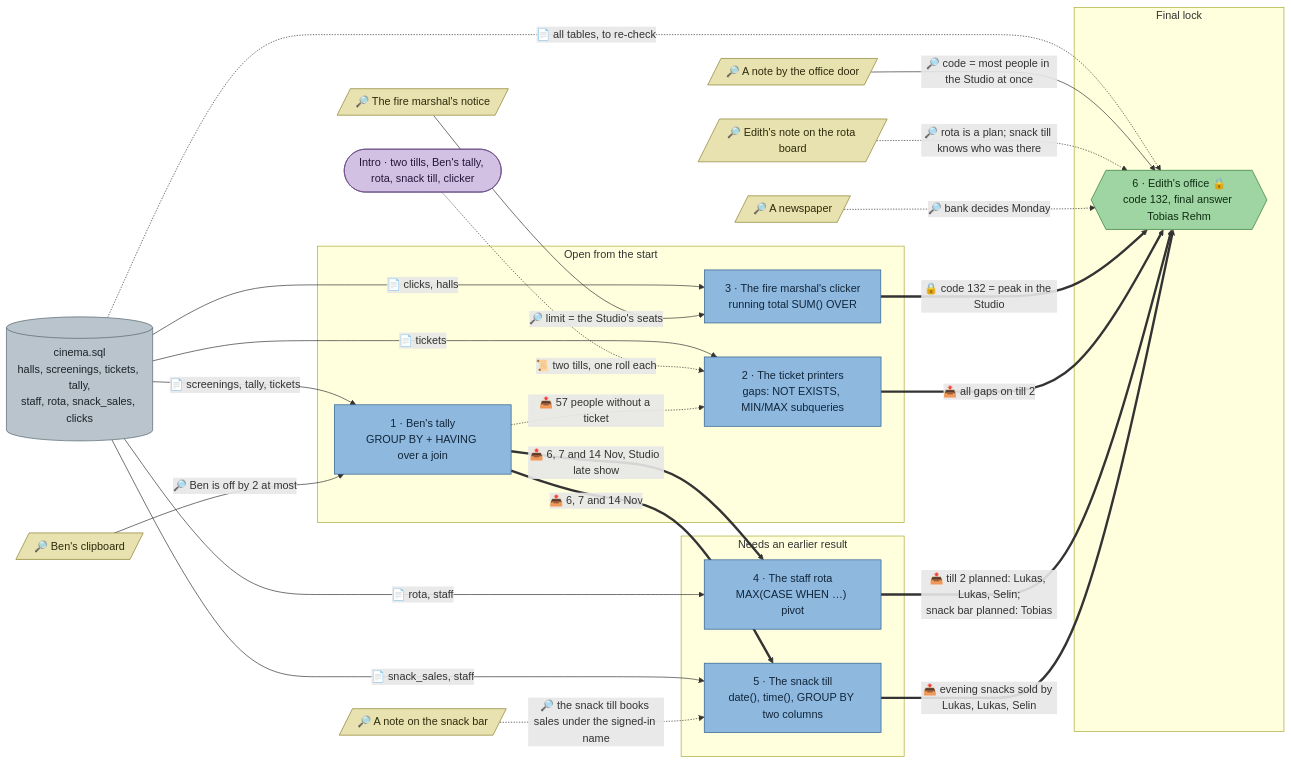
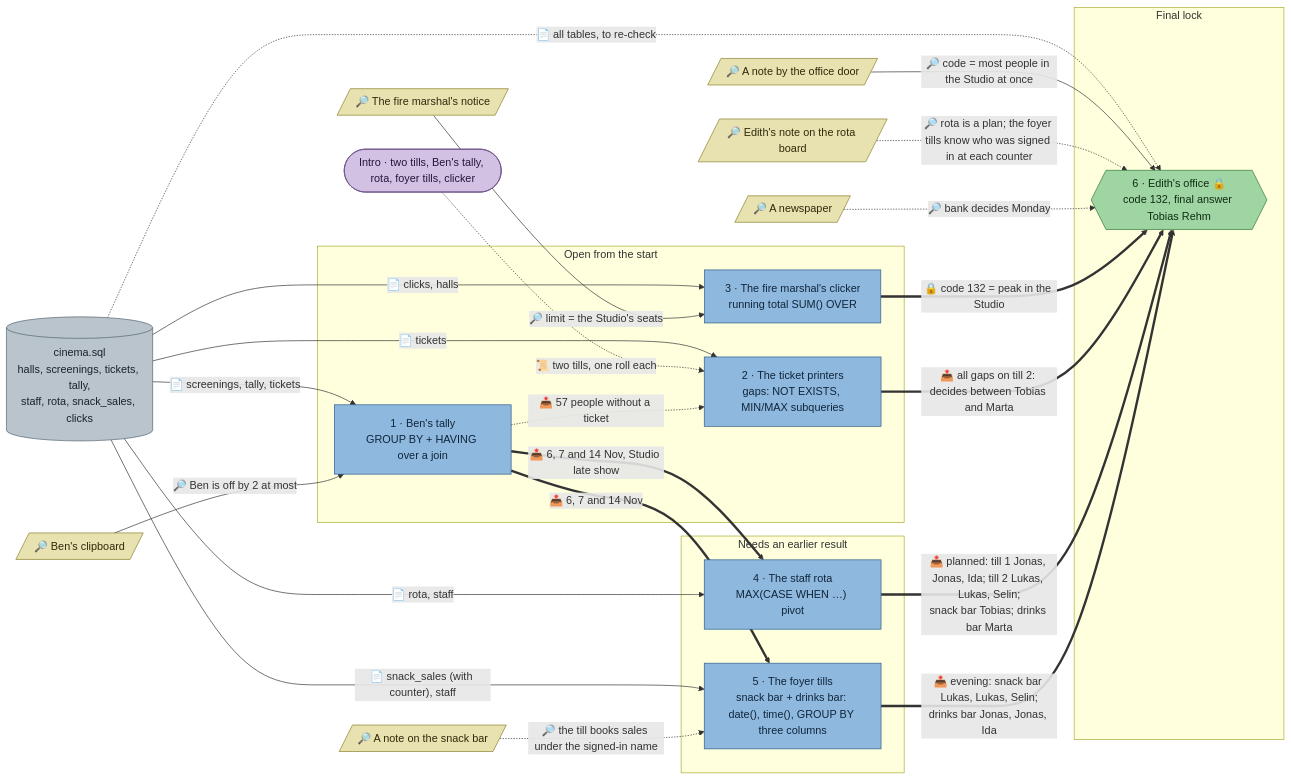
One commit to mhoffmann-wbs/DataScienceEscapeRooms changed the diagram in docs/flows/sql-cinema.md. Above: the diagram before and after it, drawn with Mermaid. The commit also changed other lines of this file and 7 other files, not shown here.

````diff
--- a/docs/flows/sql-cinema.md
+++ b/docs/flows/sql-cinema.md
@@ -5,64 +5,64 @@
 ```mermaid
 flowchart LR
-  intro(["Intro · two tills, Ben's tally, rota, snack till, clicker"])
+  intro(["Intro · two tills, Ben's tally, rota, foyer tills, clicker"])
 
   tallynote[/"🔎 Ben's clipboard"/]
   firenotice[/"🔎 The fire marshal's notice"/]
   officenote[/"🔎 A note by the office door"/]
   edithnote[/"🔎 Edith's note on the rota board"/]
   tobiasnote[/"🔎 A note on the snack bar"/]
   newspaper[/"🔎 A newspaper"/]
 
   d_cinema[("cinema.sql<br/>halls, screenings, tickets, tally,<br/>staff, rota, snack_sales, clicks")]
 
   subgraph p1["Open from the start"]
     tally["1 · Ben's tally<br/>GROUP BY + HAVING over a join"]
     printer["2 · The ticket printers<br/>gaps: NOT EXISTS, MIN/MAX subqueries"]
     clicker["3 · The fire marshal's clicker<br/>running total SUM() OVER"]
   end
 
   subgraph p2["Needs an earlier result"]
     rota["4 · The staff rota<br/>MAX(CASE WHEN …) pivot"]
-    snacks["5 · The snack till<br/>date(), time(), GROUP BY two columns"]
+    snacks["5 · The foyer tills<br/>snack bar + drinks bar: date(), time(), GROUP BY three columns"]
   end
 
   subgraph p3["Final lock"]
     office{{"6 · Edith's office 🔒<br/>code 132, final answer Tobias Rehm"}}
   end
 
   d_cinema -->|"📄 screenings, tally, tickets"| tally
   d_cinema -->|"📄 tickets"| printer
   d_cinema -->|"📄 clicks, halls"| clicker
   d_cinema -->|"📄 rota, staff"| rota
-  d_cinema -->|"📄 snack_sales, staff"| snacks
+  d_cinema -->|"📄 snack_sales (with counter), staff"| snacks
   d_cinema -.->|"📄 all tables, to re-check"| office
 
   tallynote -->|"🔎 Ben is off by 2 at most"| tally
   firenotice -->|"🔎 limit = the Studio's seats"| clicker
   officenote -->|"🔎 code = most people in the Studio at once"| office
-  edithnote -.->|"🔎 rota is a plan; snack till knows who was there"| office
-  tobiasnote -.->|"🔎 the snack till books sales under the signed-in name"| snacks
+  edithnote -.->|"🔎 rota is a plan; the foyer tills know who was signed in at each counter"| office
+  tobiasnote -.->|"🔎 the till books sales under the signed-in name"| snacks
   newspaper -.->|"🔎 bank decides Monday"| office
   intro -.->|"📜 two tills, one roll each"| printer
 
   tally ==>|"📤 6, 7 and 14 Nov, Studio late show"| rota
   tally ==>|"📤 6, 7 and 14 Nov"| snacks
 
   clicker ==>|"🔒 code 132 = peak in the Studio"| office
-  printer ==>|"📤 all gaps on till 2"| office
-  rota ==>|"📤 till 2 planned: Lukas, Lukas, Selin;<br/>snack bar planned: Tobias"| office
-  snacks ==>|"📤 evening snacks sold by Lukas, Lukas, Selin"| office
+  printer ==>|"📤 all gaps on till 2: decides between Tobias and Marta"| office
+  rota ==>|"📤 planned: till 1 Jonas, Jonas, Ida; till 2 Lukas, Lukas, Selin;<br/>snack bar Tobias; drinks bar Marta"| office
+  snacks ==>|"📤 evening: snack bar Lukas, Lukas, Selin;<br/>drinks bar Jonas, Jonas, Ida"| office
   tally -.->|"📤 57 people without a ticket"| printer
 
   classDef station fill:#8fb8de,stroke:#2b5d8a,color:#10263b
   classDef locked fill:#e0b36a,stroke:#8a5a12,color:#3a2504
   classDef clue fill:#e8e2b0,stroke:#8a7f2b,color:#2e2a0b
   classDef data fill:#b9c4cc,stroke:#55636e,color:#1c2329
   classDef final fill:#9fd4a3,stroke:#2f7a36,color:#0f2e12
   classDef intro fill:#d3c1e3,stroke:#6a4c86,color:#25163a
   class tally,printer,clicker,rota,snacks station
   class tallynote,firenotice,officenote,edithnote,tobiasnote,newspaper clue
   class d_cinema data
   class office final
   class intro intro
 ```
````
